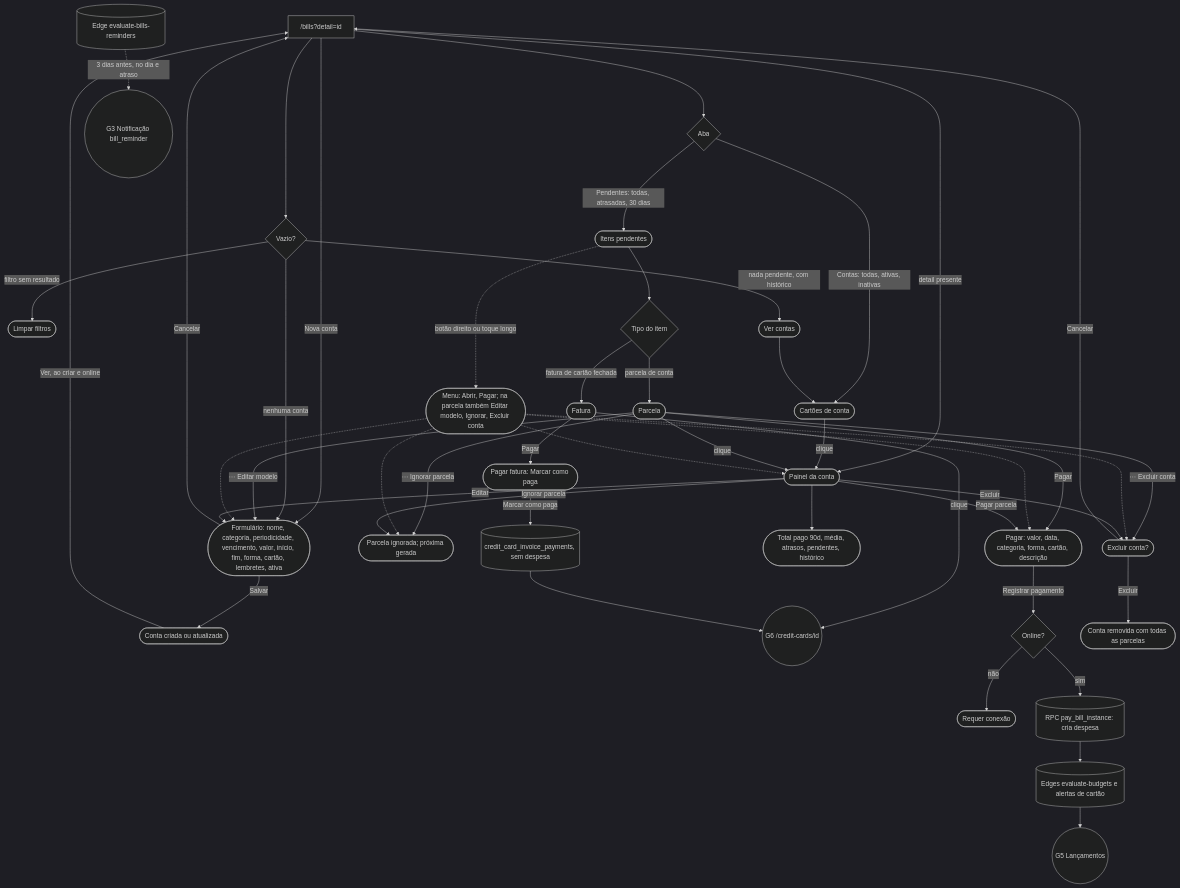
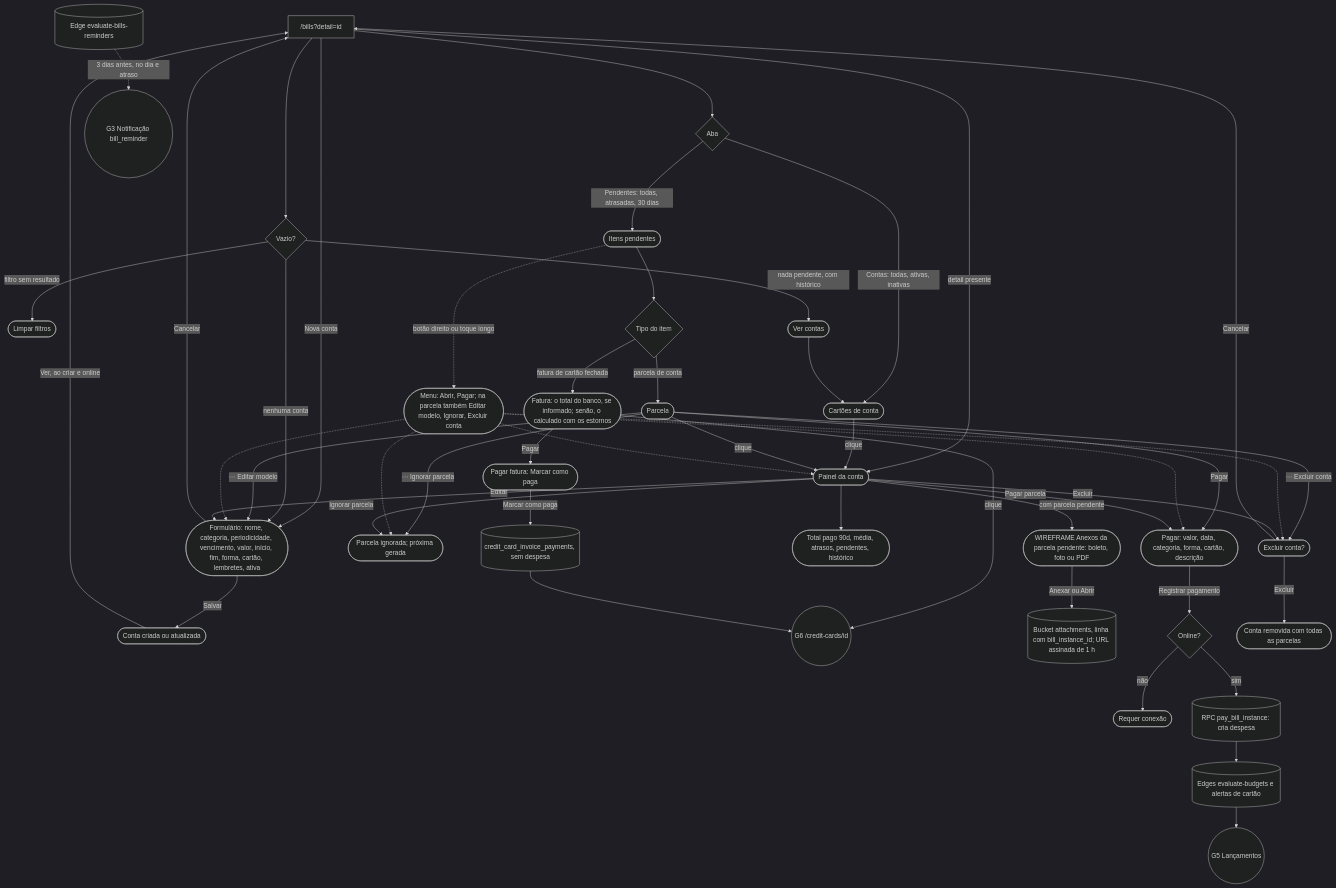
Before and after one commit to kauax2000/finance_app: diagram 11 of 14 in docs/JORNADAS.md, drawn with Mermaid. The commit also changed other lines of this file and 3 other files, not shown here.

````diff
--- a/docs/JORNADAS.md
+++ b/docs/JORNADAS.md
@@ -632,53 +685,55 @@
 ```mermaid
 %%{init: {"theme": "dark"}}%%
 flowchart TD
     bills["/bills?detail=id"] -->|"detail presente"| sheet(["Painel da conta"])
     bills --> tabs{"Aba"}
     tabs -->|"Contas: todas, ativas, inativas"| summary(["Cartões de conta"])
     tabs -->|"Pendentes: todas, atrasadas, 30 dias"| pending(["Itens pendentes"])
     bills -->|"Nova conta"| form(["Formulário: nome, categoria, periodicidade, vencimento, valor, início, fim, forma, cartão, lembretes, ativa"])
     form -->|"Salvar"| saved(["Conta criada ou atualizada"])
     saved -->|"Ver, ao criar e online"| bills
     form -->|"Cancelar"| bills
 
     bills --> empty{"Vazio?"}
     empty -->|"nenhuma conta"| form
     empty -->|"filtro sem resultado"| clear(["Limpar filtros"])
     empty -->|"nada pendente, com histórico"| goContas(["Ver contas"]) --> summary
 
     summary -->|"clique"| sheet
     pending --> kind{"Tipo do item"}
     kind -->|"parcela de conta"| regular(["Parcela"])
-    kind -->|"fatura de cartão fechada"| virtual(["Fatura"])
+    kind -->|"fatura de cartão fechada"| virtual(["Fatura: o total do banco, se informado; senão, o calculado com os estornos"])
 
     regular -->|"clique"| sheet
     regular -->|"Pagar"| payRegular(["Pagar: valor, data, categoria, forma, cartão, descrição"])
     regular -->|"⋯ Editar modelo"| form
     regular -->|"⋯ Ignorar parcela"| skip(["Parcela ignorada; próxima gerada"])
     regular -->|"⋯ Excluir conta"| del(["Excluir conta?"])
 
     virtual -->|"clique"| G6(("G6 /credit-cards/id"))
     virtual -->|"Pagar"| payVirtual(["Pagar fatura: Marcar como paga"])
     pending -.->|"botão direito ou toque longo"| billMenu(["Menu: Abrir, Pagar; na parcela também Editar modelo, Ignorar, Excluir conta"])
     billMenu -.-> sheet
     billMenu -.-> payRegular
     billMenu -.-> form
     billMenu -.-> skip
     billMenu -.-> del
 
     sheet -->|"Pagar parcela"| payRegular
     sheet -->|"Editar"| form
     sheet -->|"Excluir"| del
     sheet -->|"Ignorar parcela"| skip
     sheet --> stats(["Total pago 90d, média, atrasos, pendentes, histórico"])
+    sheet -->|"com parcela pendente"| billAttach(["WIREFRAME Anexos da parcela pendente: boleto, foto ou PDF"])
+    billAttach -->|"Anexar ou Abrir"| billFiles[("Bucket attachments, linha com bill_instance_id; URL assinada de 1 h")]
 
     payRegular -->|"Registrar pagamento"| online{"Online?"}
     online -->|"não"| needNet(["Requer conexão"])
     online -->|"sim"| payRpc[("RPC pay_bill_instance: cria despesa")]
     payRpc --> alerts[("Edges evaluate-budgets e alertas de cartão")] --> G5(("G5 Lançamentos"))
     payVirtual -->|"Marcar como paga"| invPay[("credit_card_invoice_payments, sem despesa")] --> G6
     del -->|"Excluir"| removed(["Conta removida com todas as parcelas"])
     del -->|"Cancelar"| bills
 
     reminders[("Edge evaluate-bills-reminders")] -.->|"3 dias antes, no dia e atraso"| notif(("G3 Notificação bill_reminder"))
 ```
````
